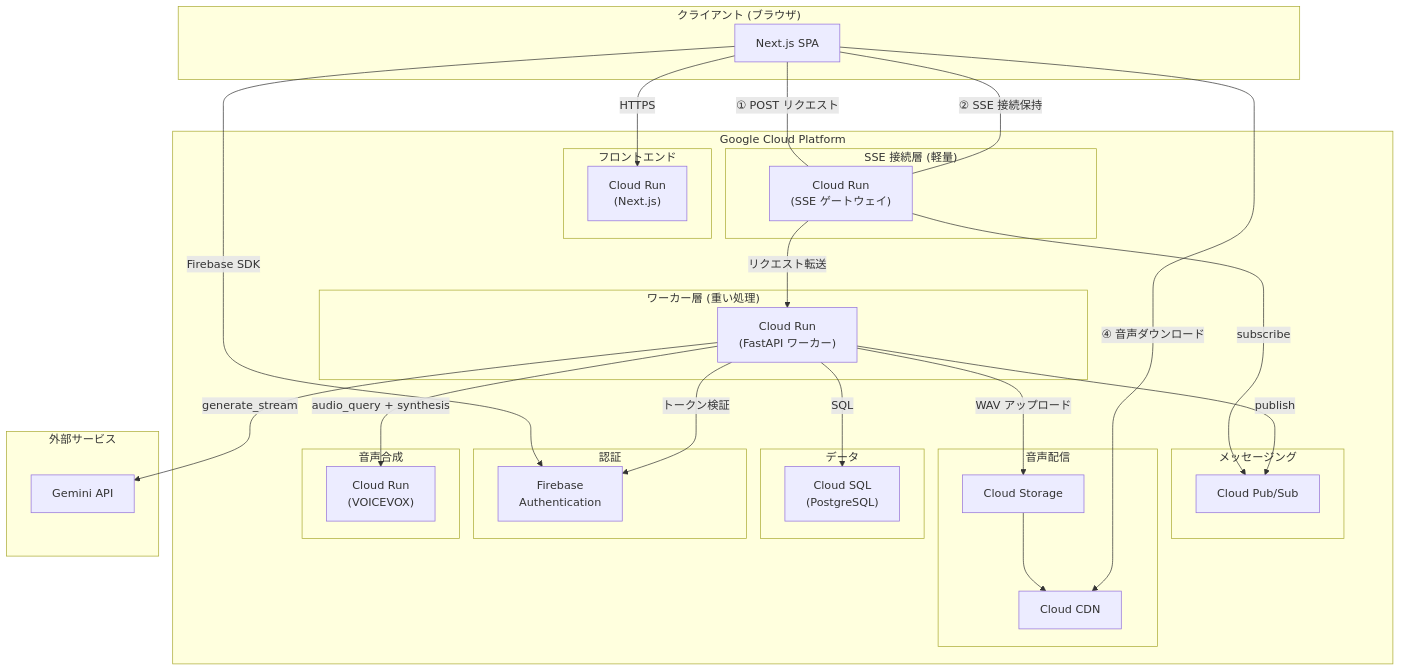
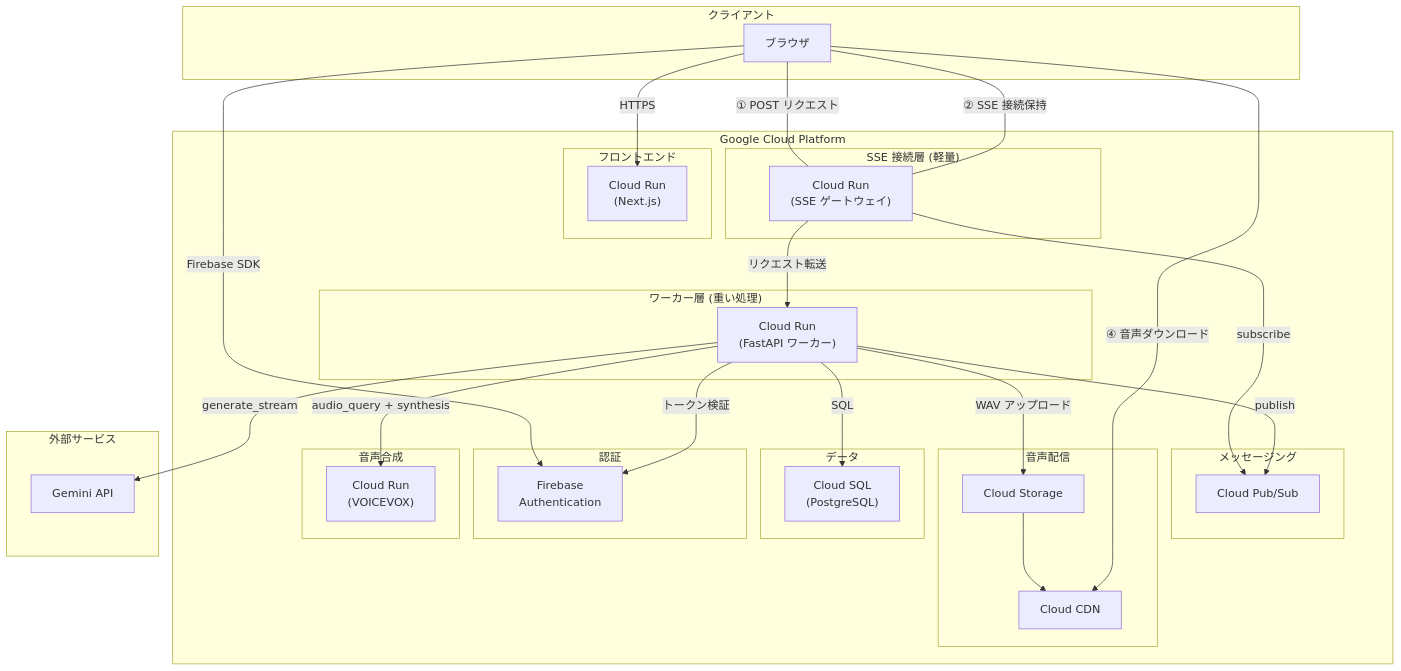
One commit to yudai3141/AudienceRoom changed the first of 2 diagrams in docs/cloud/phase2_scaling.md. Above: the diagram before and after it, drawn with Mermaid. The commit also changed 1 other file, not shown here.

Commit message:
fix: remove misleading Next.js SPA label from browser node
ブラウザは Next.js サーバーから配信された React アプリを
実行するだけなので、ラベルを「ブラウザ」に修正。

````diff
--- a/docs/cloud/phase2_scaling.md
+++ b/docs/cloud/phase2_scaling.md
@@ -14,62 +14,62 @@
 ```mermaid
 flowchart TB
-    subgraph Client["クライアント (ブラウザ)"]
-        Browser["Next.js SPA"]
+    subgraph Client["クライアント"]
+        Browser["ブラウザ"]
     end
 
     subgraph GCP["Google Cloud Platform"]
         subgraph Frontend["フロントエンド"]
             CloudRun_FE["Cloud Run<br/>(Next.js)"]
         end
 
         subgraph SSELayer["SSE 接続層 (軽量)"]
             CloudRun_GW["Cloud Run<br/>(SSE ゲートウェイ)"]
         end
 
         subgraph Worker["ワーカー層 (重い処理)"]
             CloudRun_WK["Cloud Run<br/>(FastAPI ワーカー)"]
         end
 
         subgraph Messaging["メッセージング"]
             PubSub["Cloud Pub/Sub"]
         end
 
         subgraph Storage["音声配信"]
             GCS["Cloud Storage"]
             CDN["Cloud CDN"]
         end
 
         subgraph Data["データ"]
             CloudSQL["Cloud SQL<br/>(PostgreSQL)"]
         end
 
         subgraph Auth["認証"]
             FirebaseAuth["Firebase<br/>Authentication"]
         end
 
         subgraph TTS["音声合成"]
             CloudRun_VV["Cloud Run<br/>(VOICEVOX)"]
         end
     end
 
     subgraph External["外部サービス"]
         LLM["Gemini API"]
     end
 
     Browser -->|HTTPS| CloudRun_FE
     Browser -->|Firebase SDK| FirebaseAuth
     Browser ---|"① POST リクエスト"| CloudRun_GW
     CloudRun_GW ---|"② SSE 接続保持"| Browser
     CloudRun_GW -->|subscribe| PubSub
     CloudRun_GW -->|"リクエスト転送"| CloudRun_WK
 
     CloudRun_WK -->|publish| PubSub
     CloudRun_WK -->|SQL| CloudSQL
     CloudRun_WK -->|generate_stream| LLM
     CloudRun_WK -->|audio_query + synthesis| CloudRun_VV
     CloudRun_WK -->|"WAV アップロード"| GCS
     CloudRun_WK -->|トークン検証| FirebaseAuth
 
     GCS --> CDN
     Browser -->|"④ 音声ダウンロード"| CDN
 ```
````
